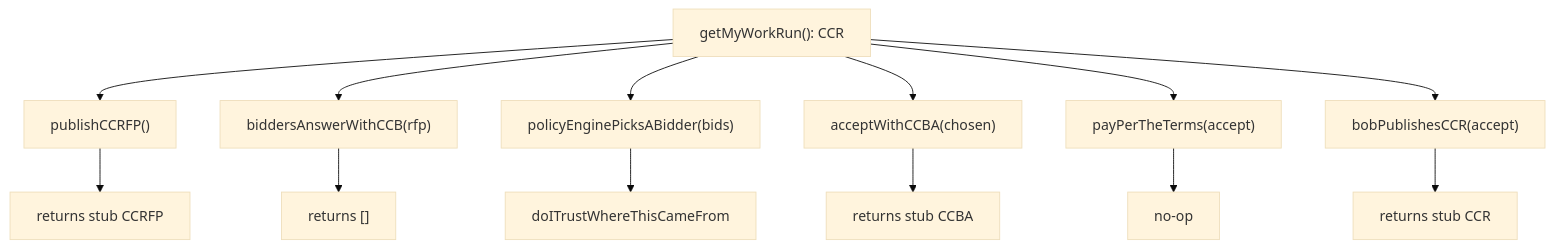
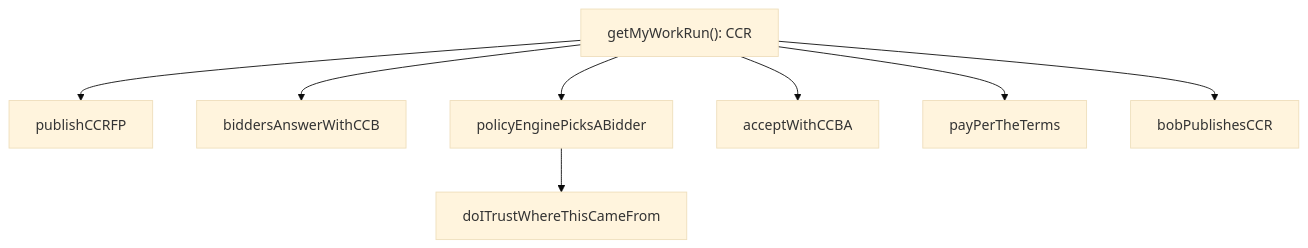
The fifth of 10 diagrams in ARCHITECTURE_REPORT.md (publicdomainrelay/open-architecture), drawn with Mermaid (base theme) before and after one commit. The commit also changed other lines of this file and 2 other files, not shown here.

````diff
--- a/ARCHITECTURE_REPORT.md
+++ b/ARCHITECTURE_REPORT.md
@@ -328,16 +273,11 @@
 ```mermaid
 graph TD
   getMyWorkRun["getMyWorkRun(): CCR"]
-  getMyWorkRun --> rfp["publishCCRFP()"]
-  getMyWorkRun --> bids["biddersAnswerWithCCB(rfp)"]
-  getMyWorkRun --> pick["policyEnginePicksABidder(bids)"]
-  getMyWorkRun --> accept["acceptWithCCBA(chosen)"]
-  getMyWorkRun --> pay["payPerTheTerms(accept)"]
-  getMyWorkRun --> receipt["bobPublishesCCR(accept)"]
-  pick --> doTrust["doITrustWhereThisCameFrom"]
-  rfp --> stubCCRFP["returns stub CCRFP"]
-  bids --> stubCCB["returns []"]
-  accept --> stubCCBA["returns stub CCBA"]
-  pay --> stubPay["no-op"]
-  receipt --> stubCCR["returns stub CCR"]
+  getMyWorkRun --> pccrfp[publishCCRFP]
+  getMyWorkRun --> bawccb[biddersAnswerWithCCB]
+  getMyWorkRun --> pepab[policyEnginePicksABidder]
+  getMyWorkRun --> awccba[acceptWithCCBA]
+  getMyWorkRun --> pptt[payPerTheTerms]
+  getMyWorkRun --> bpc[bobPublishesCCR]
+  pepab --> doITrustWhereThisCameFrom
 ```
````
